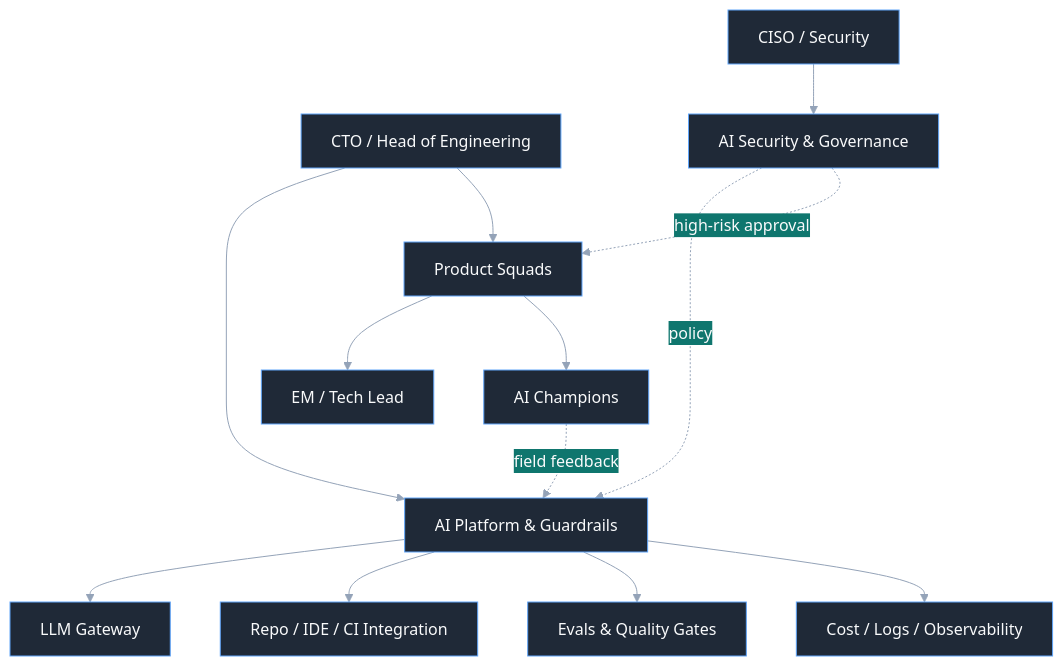
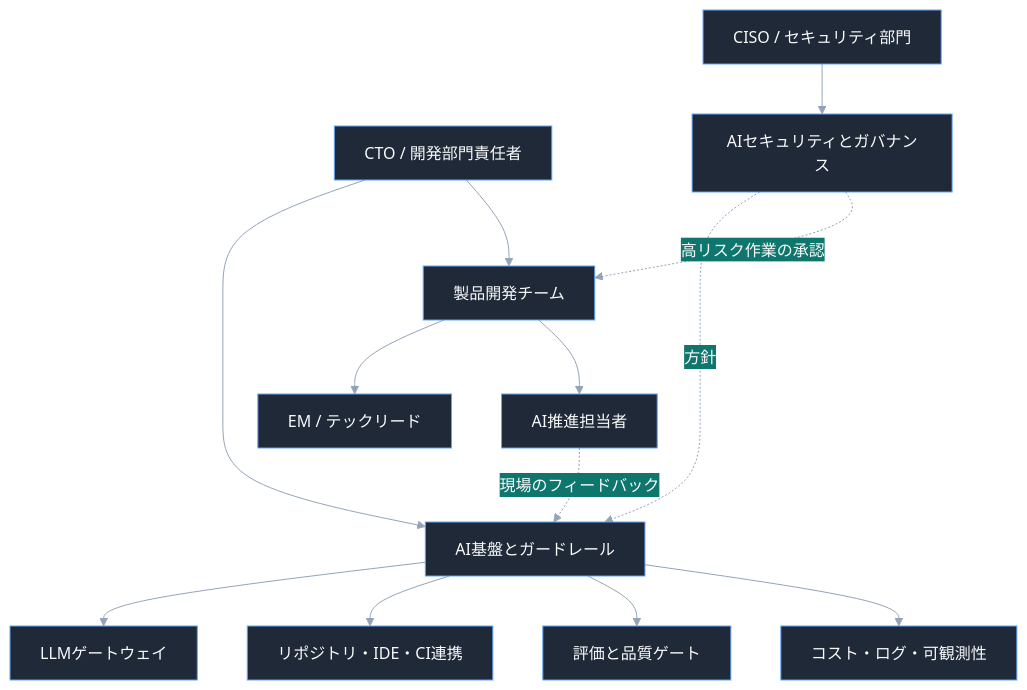
The first of 2 diagrams in content/ja/posts/organizational-design-for-vibe-coding.md (roboco-io/roboco-io.github.io), drawn with Mermaid before and after one commit. The commit also changed 23 other files, not shown here.

Commit message:
content: localize translated images and Japanese Mermaid diagrams

````diff
--- a/content/ja/posts/organizational-design-for-vibe-coding.md
+++ b/content/ja/posts/organizational-design-for-vibe-coding.md
@@ -90,37 +90,37 @@
 ```mermaid
 %%{init: {
   'theme': 'base',
   'themeVariables': {
     'background': 'transparent',
     'primaryColor': '#1f2937',
     'primaryTextColor': '#f9fafb',
     'primaryBorderColor': '#60a5fa',
     'secondaryColor': '#0f766e',
     'secondaryTextColor': '#f9fafb',
     'secondaryBorderColor': '#5eead4',
     'tertiaryColor': '#374151',
     'tertiaryTextColor': '#f9fafb',
     'tertiaryBorderColor': '#fbbf24',
     'lineColor': '#94a3b8',
     'clusterBkg': '#111827',
     'clusterBorder': '#64748b',
     'defaultLinkColor': '#94a3b8'
   }
 }}%%
 flowchart TB
-    CTO[CTO / Head of Engineering] --> Platform[AI Platform & Guardrails]
-    CTO --> Squads[Product Squads]
-    CISO[CISO / Security] --> Governance[AI Security & Governance]
+    CTO[CTO / 開発部門責任者] --> Platform[AI基盤とガードレール]
+    CTO --> Squads[製品開発チーム]
+    CISO[CISO / セキュリティ部門] --> Governance[AIセキュリティとガバナンス]
 
-    Platform --> Gateway[LLM Gateway]
-    Platform --> DevEx[Repo / IDE / CI Integration]
-    Platform --> Evals[Evals & Quality Gates]
-    Platform --> Observe[Cost / Logs / Observability]
+    Platform --> Gateway[LLMゲートウェイ]
+    Platform --> DevEx[リポジトリ・IDE・CI連携]
+    Platform --> Evals[評価と品質ゲート]
+    Platform --> Observe[コスト・ログ・可観測性]
 
-    Squads --> Leads[EM / Tech Lead]
-    Squads --> Champions[AI Champions]
+    Squads --> Leads[EM / テックリード]
+    Squads --> Champions[AI推進担当者]
 
-    Governance -. policy .-> Platform
-    Governance -. high-risk approval .-> Squads
-    Champions -. field feedback .-> Platform
+    Governance -. 方針 .-> Platform
+    Governance -. 高リスク作業の承認 .-> Squads
+    Champions -. 現場のフィードバック .-> Platform
 ```
````
